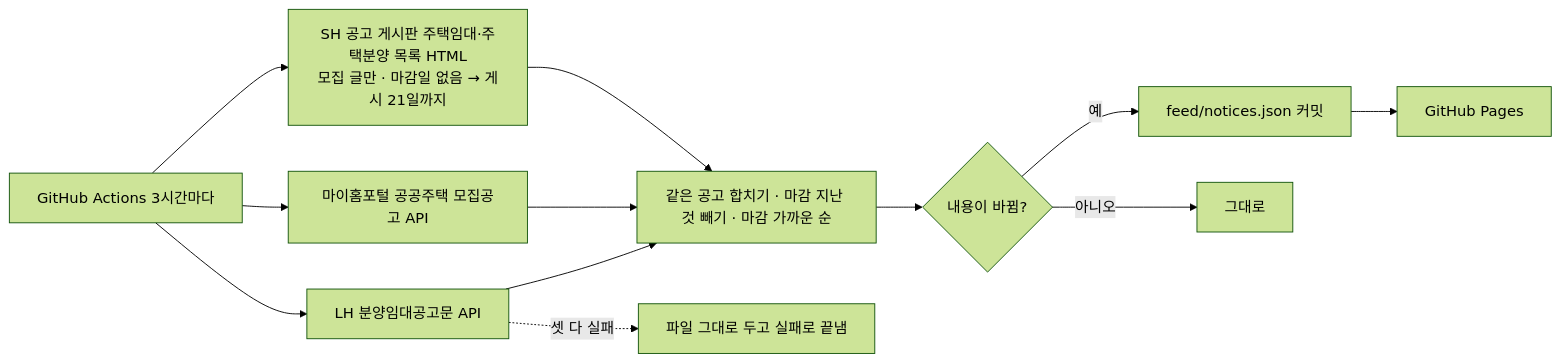
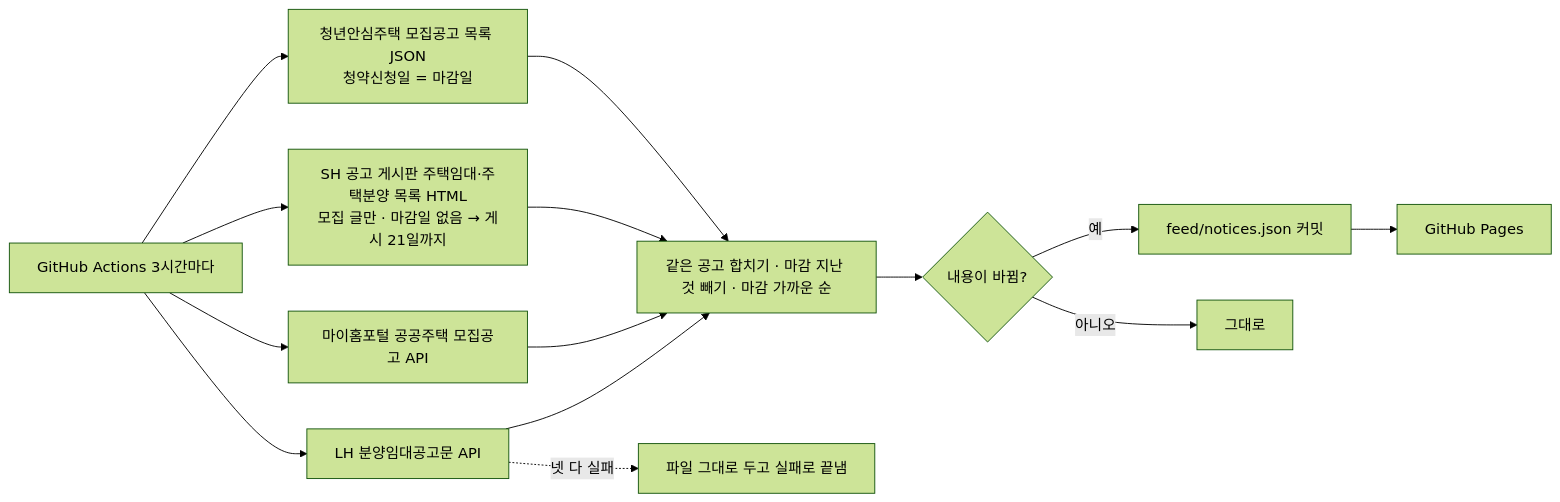
The second of 2 diagrams in docs/design/분리설계.md (DioneLee/cheongyak-check), drawn with Mermaid (forest theme) before and after one commit. The commit also changed other lines of this file and 5 other files, not shown here.

Commit message:
feat: 공고 피드에 서울 청년안심주택 모집공고 추가(청약신청일 = 마감일, D-day) · sw 06f

````diff
--- a/docs/design/분리설계.md
+++ b/docs/design/분리설계.md
@@ -31,11 +31,12 @@
 ```mermaid
 flowchart LR
   T[GitHub Actions 3시간마다] --> L[LH 분양임대공고문 API]
   T --> M[마이홈포털 공공주택 모집공고 API]
   T --> S[SH 공고 게시판 주택임대·주택분양 목록 HTML<br/>모집 글만 · 마감일 없음 → 게시 21일까지]
-  L & M & S --> B[같은 공고 합치기 · 마감 지난 것 빼기 · 마감 가까운 순]
+  T --> Y[청년안심주택 모집공고 목록 JSON<br/>청약신청일 = 마감일]
+  L & M & S & Y --> B[같은 공고 합치기 · 마감 지난 것 빼기 · 마감 가까운 순]
   B --> W{내용이 바뀜?}
   W -- 예 --> C[feed/notices.json 커밋] --> P[GitHub Pages]
   W -- 아니오 --> X[그대로]
-  L -. 셋 다 실패 .-> K[파일 그대로 두고 실패로 끝냄]
+  L -. 넷 다 실패 .-> K[파일 그대로 두고 실패로 끝냄]
 ```
````
